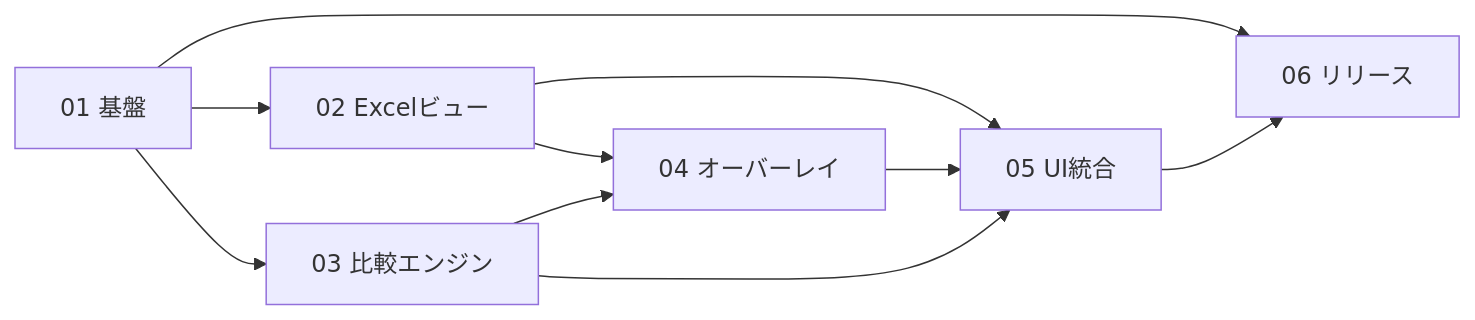
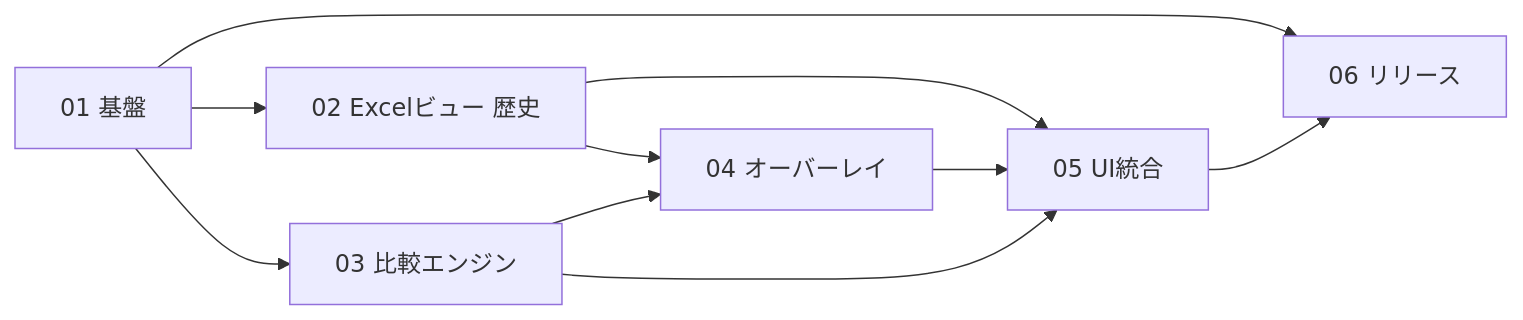
One commit to Samek86/DiffXL changed the first of 2 diagrams in 10_管理資料/計画/00_全体ロードマップ.md. Above: the diagram before and after it, drawn with Mermaid. The commit also changed other lines of this file and 5 other files, not shown here.

````diff
--- a/10_管理資料/計画/00_全体ロードマップ.md
+++ b/10_管理資料/計画/00_全体ロードマップ.md
@@ -43,12 +54,12 @@
 ```mermaid
 flowchart LR
-    P01[01 基盤] --> P02[02 Excelビュー]
+    P01[01 基盤] --> P02[02 Excelビュー 歴史]
     P01 --> P03[03 比較エンジン]
     P02 --> P04[04 オーバーレイ]
     P03 --> P04
     P02 --> P05[05 UI統合]
     P04 --> P05
     P03 --> P05
     P01 --> P06[06 リリース]
     P05 --> P06
 ```
````
